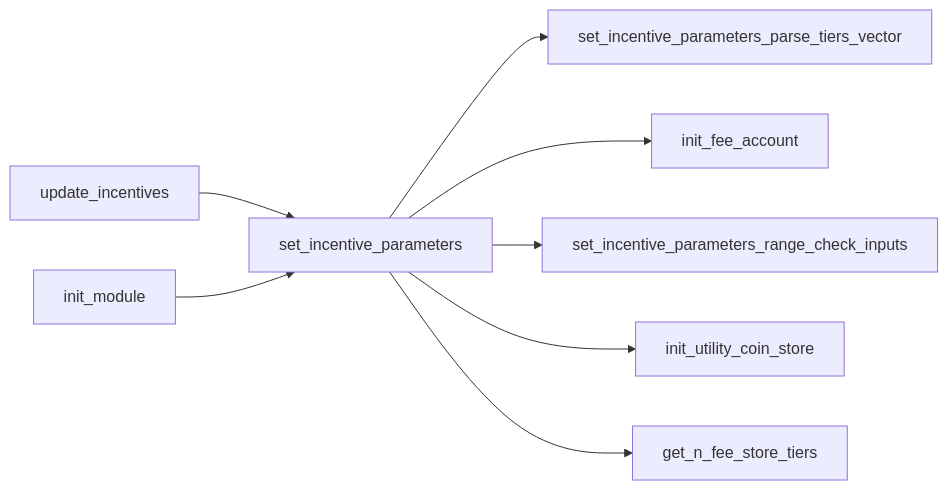
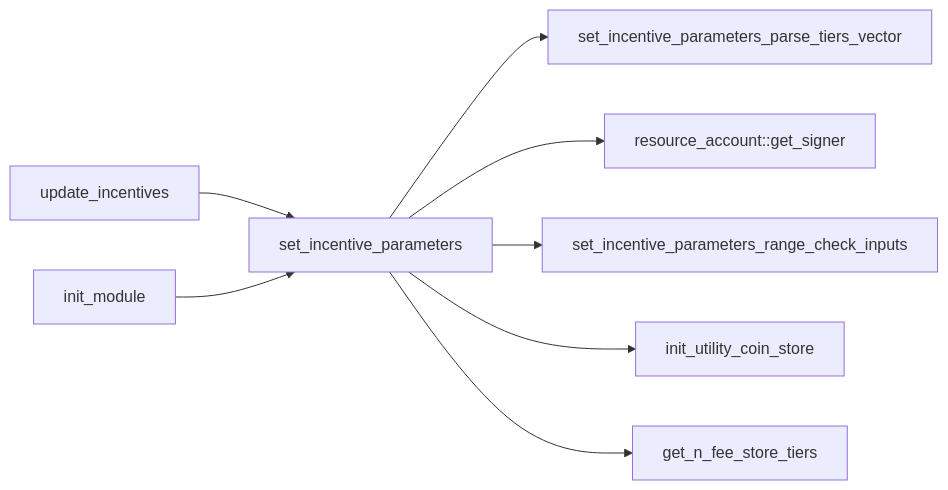
The third of 7 diagrams in doc/diagrams/src/modules/incentives.md (econia-labs/econia), drawn with Mermaid before and after one commit. The commit also changed 5 other files, not shown here.

````diff
--- a/doc/diagrams/src/modules/incentives.md
+++ b/doc/diagrams/src/modules/incentives.md
@@ -47,13 +47,13 @@
 ```mermaid
 
 flowchart LR
 
 update_incentives --> set_incentive_parameters
 init_module --> set_incentive_parameters
 set_incentive_parameters --> set_incentive_parameters_parse_tiers_vector
-set_incentive_parameters --> init_fee_account
+set_incentive_parameters --> resource_account::get_signer
 set_incentive_parameters --> set_incentive_parameters_range_check_inputs
 set_incentive_parameters --> init_utility_coin_store
 set_incentive_parameters --> get_n_fee_store_tiers
 
 ```
````
